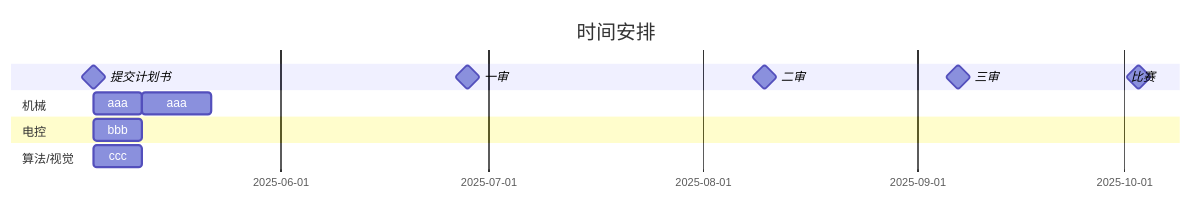
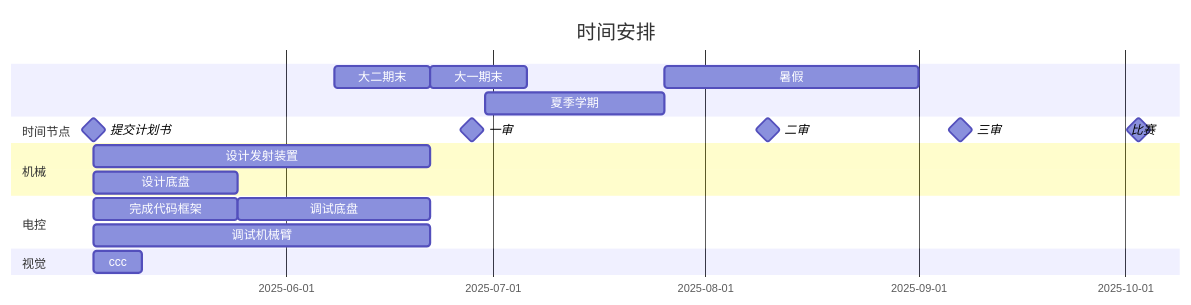
Before and after one commit to zhaowk-ustc/RoboGame2025: the fifth of 5 diagrams in docs/计划书.md, drawn with Mermaid. The commit also changed other lines of this file and 14 other files, not shown here.

````diff
--- a/docs/计划书.md
+++ b/docs/计划书.md
@@ -379,23 +380,31 @@
 ```mermaid
 ---
 displayMode: compact
 ---
 gantt
     title 时间安排
     dateFormat  YYYY-MM-DD
-    提交计划书     :milestone, proposal_submit, 2025-05-05, 0d
+    大一期末 : exam1, 2025-06-22, 14d
+    大二期末 : exam2, 2025-06-08 , 14d
+    夏季学期 : summer, 2025-06-30, 26d
+    暑假    : summerholiday, 2025-07-26, 37d
+    section 时间节点
+    提交计划书     :milestone, proposal_submit, 2025-05-04, 0d
     一审          :milestone, first_check, 2025-06-28, 0d
     二审          :milestone, second_check, 2025-08-10, 0d
     三审          :milestone, third_check, 2025-09-07, 0d
     比赛       	:milestone, final_competition, 2025-10-03, 0d
     section 机械
-    aaa :a1, 2025-05-05, 7d
-    aaa :a2, after a1, 10d
+    设计发射装置 :a1, after proposal_submit, 49d
+    设计底盘 :a2, after proposal_submit, 21d
     
     section 电控
-    bbb :b1, 2025-05-05, 7d
+    完成代码框架: b1,after proposal_submit,21d
+    调试底盘: b2, after a2, 28d
+    调试机械臂 :b3, after proposal_submit,49d
     
-    section 算法/视觉
-    ccc :c1, 2025-05-05, 7d
+    
+    section 视觉
+    ccc :c1, after proposal_submit, 7d
     
 ```
````
